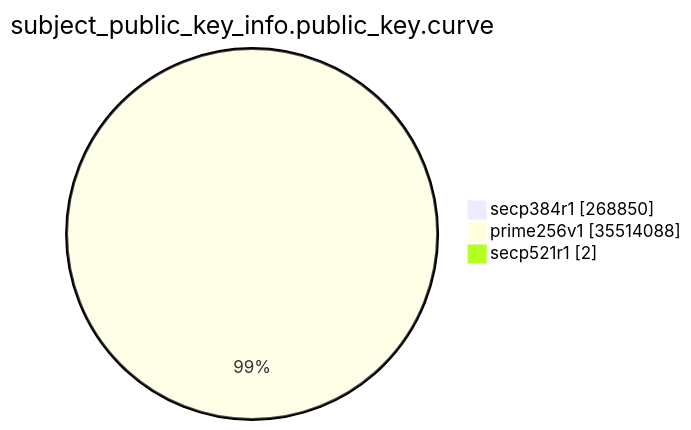
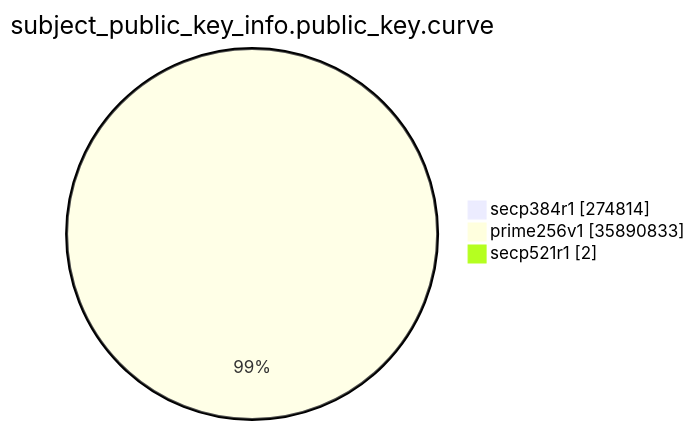
Before and after one commit to christiankrug/ctmonitor_visualization: the eighth of 15 diagrams in xenon2023/README.md, drawn with Mermaid. The commit also changed other lines of this file, not shown here.

````diff
--- a/xenon2023/README.md
+++ b/xenon2023/README.md
@@ -2144,7 +2149,7 @@
 ```mermaid
 pie showData
 title subject_public_key_info.public_key.curve
-"secp384r1" :268850
-"prime256v1" :35514088
+"secp384r1" :274814
+"prime256v1" :35890833
 "secp521r1" :2
 ```
````
